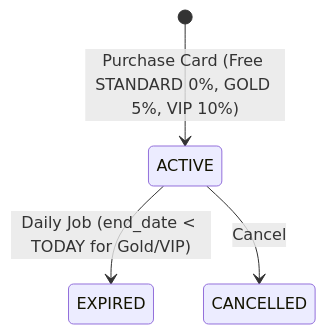
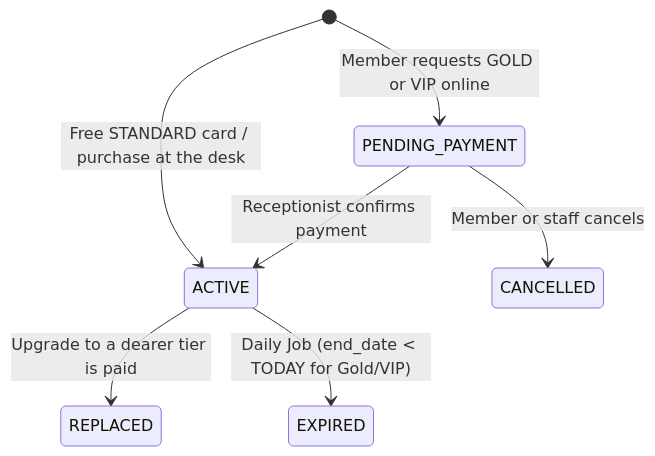
One commit to senko-do-thingz/G3-SportCentreManagement changed the second of 10 diagrams in docs/database/09-business-rules-and-state-machines.md. Above: the diagram before and after it, drawn with Mermaid. The commit also changed other lines of this file and 9 other files, not shown here.

````diff
--- a/docs/database/09-business-rules-and-state-machines.md
+++ b/docs/database/09-business-rules-and-state-machines.md
@@ -21,6 +21,9 @@
 ```mermaid
 stateDiagram-v2
-    [*] --> ACTIVE : Purchase Card (Free STANDARD 0%, GOLD 5%, VIP 10%)
+    [*] --> ACTIVE : Free STANDARD card / purchase at the desk
+    [*] --> PENDING_PAYMENT : Member requests GOLD or VIP online
+    PENDING_PAYMENT --> ACTIVE : Receptionist confirms payment
+    PENDING_PAYMENT --> CANCELLED : Member or staff cancels
+    ACTIVE --> REPLACED : Upgrade to a dearer tier is paid
     ACTIVE --> EXPIRED : Daily Job (end_date < TODAY for Gold/VIP)
-    ACTIVE --> CANCELLED : Cancel
 ```
````
